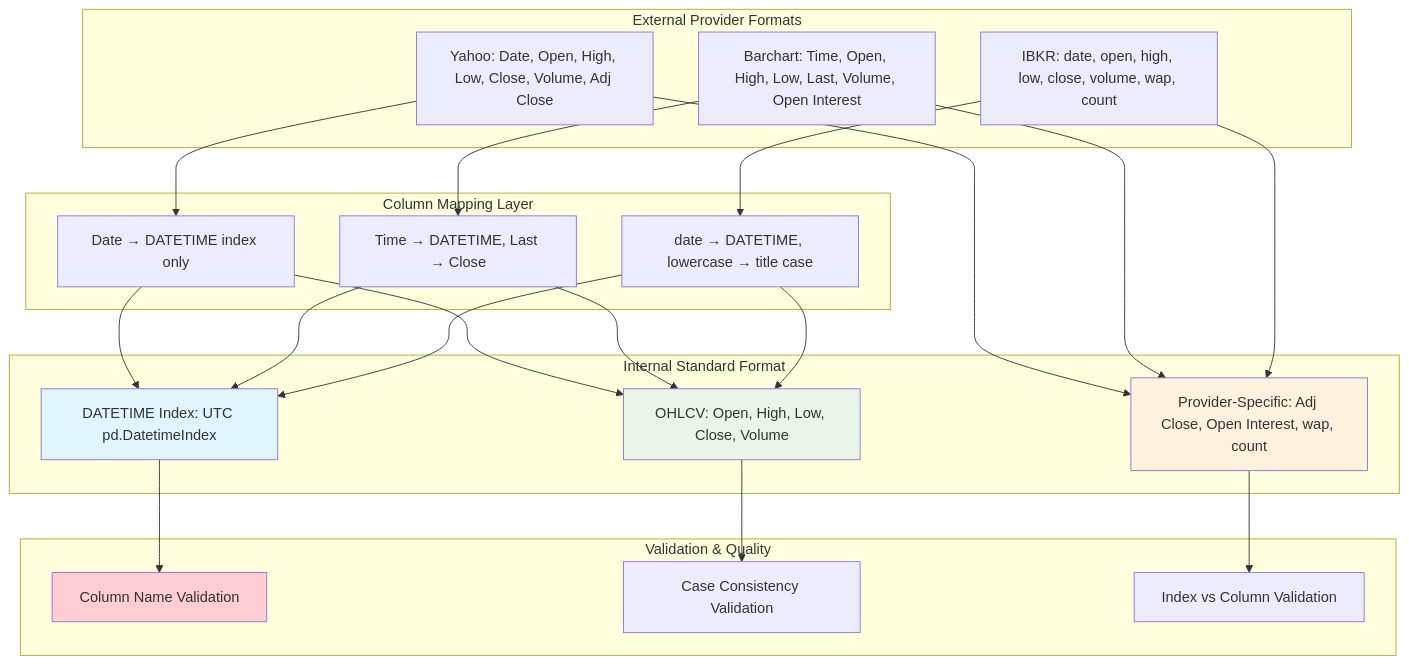
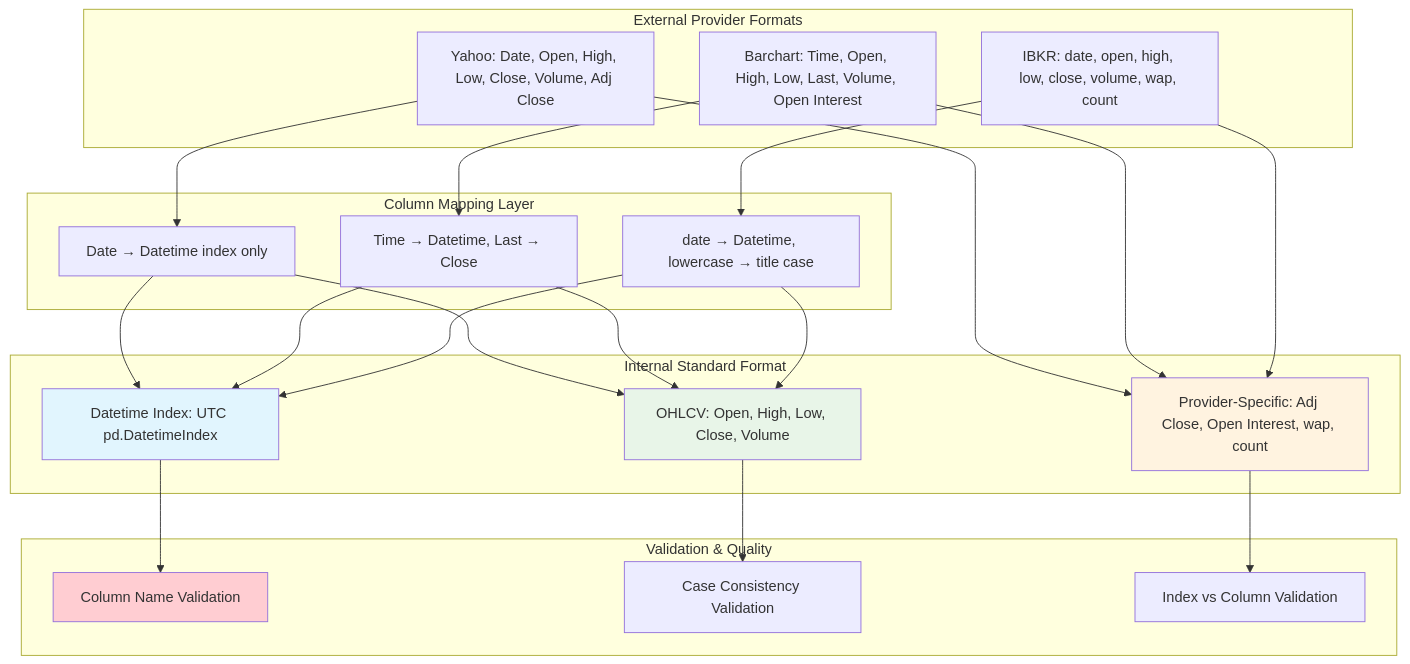
Before and after one commit to makutaku/vortex: the fifth of 9 diagrams in docs/design/hld/03-data-flow-design.md, drawn with Mermaid. The commit also changed other lines of this file and 2 other files, not shown here.

````diff
--- a/docs/design/hld/03-data-flow-design.md
+++ b/docs/design/hld/03-data-flow-design.md
@@ -258,51 +258,51 @@
 ```mermaid
 graph TB
     subgraph "External Provider Formats"
         YahooExt[Yahoo: Date, Open, High, Low, Close, Volume, Adj Close]
         BarchartExt[Barchart: Time, Open, High, Low, Last, Volume, Open Interest]
         IBKRExt[IBKR: date, open, high, low, close, volume, wap, count]
     end
     
     subgraph "Column Mapping Layer"
-        YahooMap[Date → DATETIME index only]
-        BarchartMap[Time → DATETIME, Last → Close]
-        IBKRMap[date → DATETIME, lowercase → title case]
+        YahooMap[Date → Datetime index only]
+        BarchartMap[Time → Datetime, Last → Close]
+        IBKRMap[date → Datetime, lowercase → title case]
     end
     
     subgraph "Internal Standard Format"
-        StandardIndex[DATETIME Index: UTC pd.DatetimeIndex]
+        StandardIndex[Datetime Index: UTC pd.DatetimeIndex]
         StandardCols[OHLCV: Open, High, Low, Close, Volume]
         ProviderCols[Provider-Specific: Adj Close, Open Interest, wap, count]
     end
     
     subgraph "Validation & Quality"
         ColumnVal[Column Name Validation]
         CaseVal[Case Consistency Validation]
         IndexVal[Index vs Column Validation]
     end
     
     YahooExt --> YahooMap
     BarchartExt --> BarchartMap
     IBKRExt --> IBKRMap
     
     YahooMap --> StandardIndex
     BarchartMap --> StandardIndex
     IBKRMap --> StandardIndex
     
     YahooMap --> StandardCols
     BarchartMap --> StandardCols
     IBKRMap --> StandardCols
     
     YahooExt --> ProviderCols
     BarchartExt --> ProviderCols
     IBKRExt --> ProviderCols
     
     StandardIndex --> ColumnVal
     StandardCols --> CaseVal
     ProviderCols --> IndexVal
     
     style StandardIndex fill:#e1f5fe
     style StandardCols fill:#e8f5e8
     style ProviderCols fill:#fff3e0
     style ColumnVal fill:#ffcdd2
 ```
````
